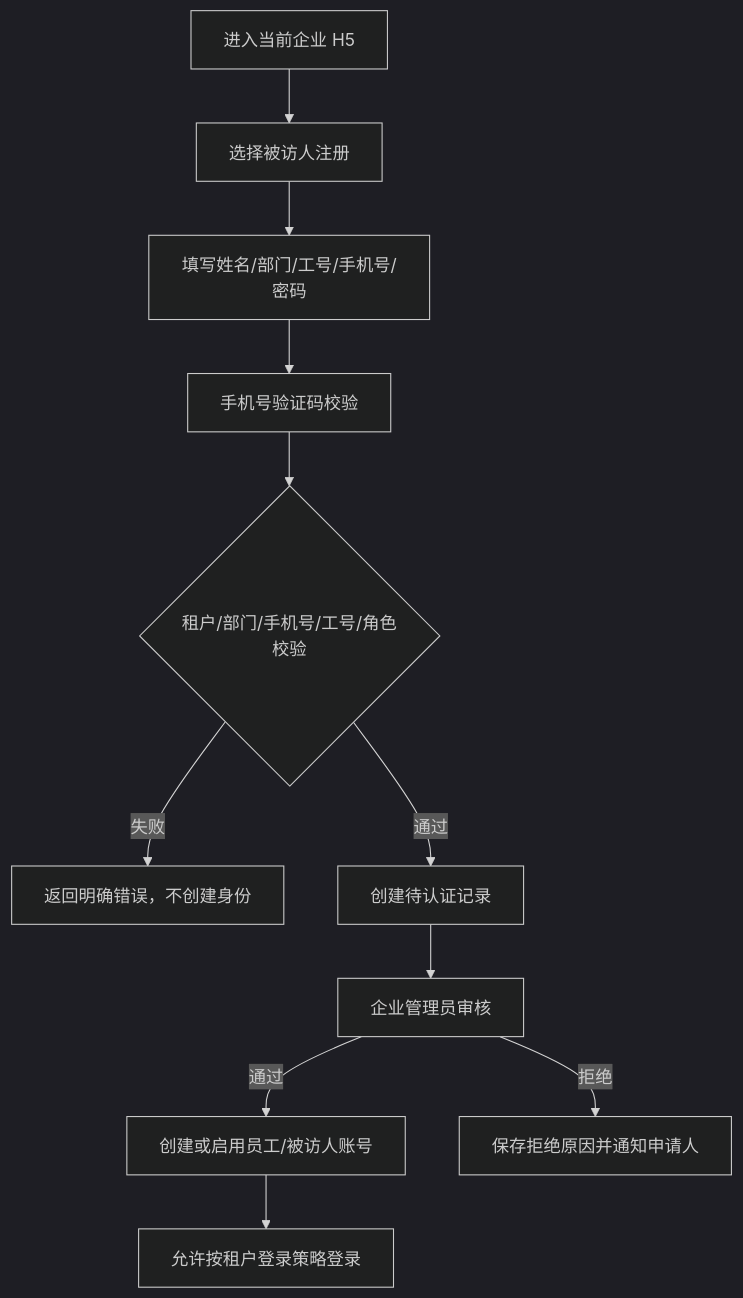
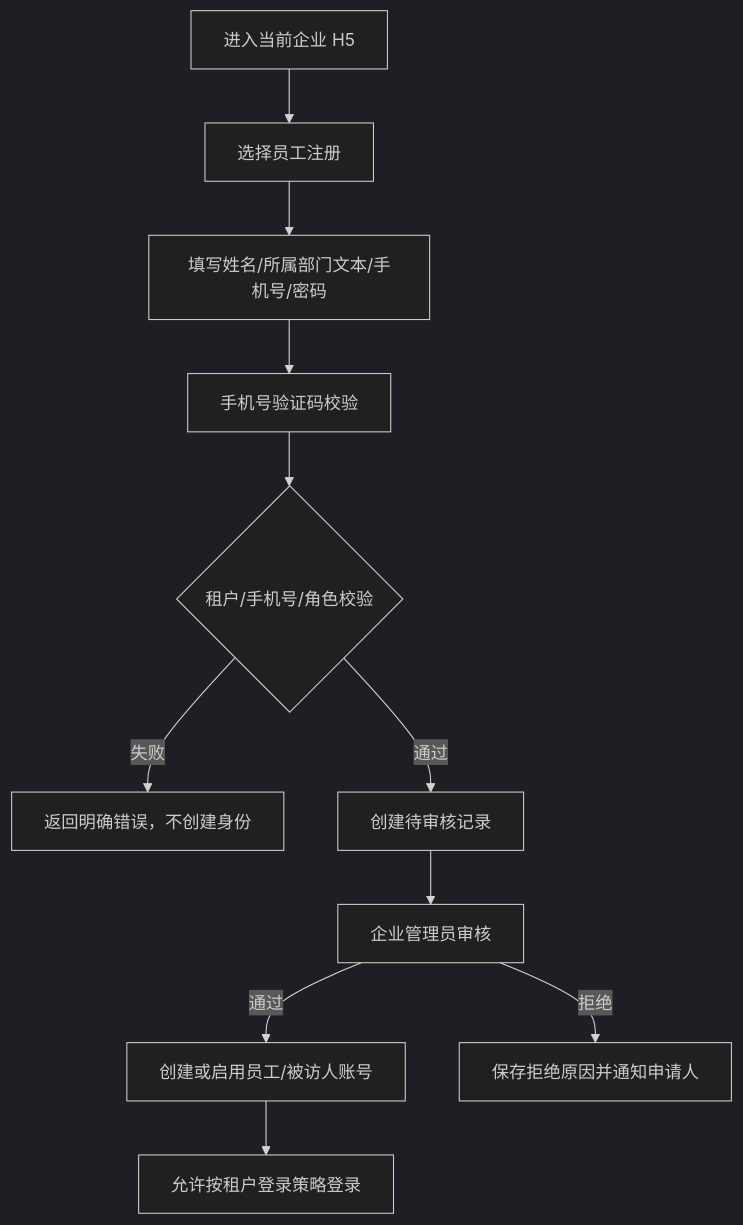
The second of 9 diagrams in docs/integration/02-核心业务流程.md (tangxiaochen755-droid/visitor-phase1-visual-blue), drawn with Mermaid (dark theme) before and after one commit. The commit also changed 13 other files, not shown here.

````diff
--- a/docs/integration/02-核心业务流程.md
+++ b/docs/integration/02-核心业务流程.md
@@ -26,13 +26,13 @@
 ```mermaid
 flowchart TD
-  A[进入当前企业 H5] --> B[选择被访人注册]
-  B --> C[填写姓名/部门/工号/手机号/密码]
+  A[进入当前企业 H5] --> B[选择员工注册]
+  B --> C[填写姓名/所属部门文本/手机号/密码]
   C --> D[手机号验证码校验]
-  D --> E{租户/部门/手机号/工号/角色校验}
+  D --> E{租户/手机号/角色校验}
   E -- 失败 --> F[返回明确错误，不创建身份]
-  E -- 通过 --> G[创建待认证记录]
+  E -- 通过 --> G[创建待审核记录]
   G --> H[企业管理员审核]
   H -- 通过 --> I[创建或启用员工/被访人账号]
   H -- 拒绝 --> J[保存拒绝原因并通知申请人]
   I --> K[允许按租户登录策略登录]
 ```
````
